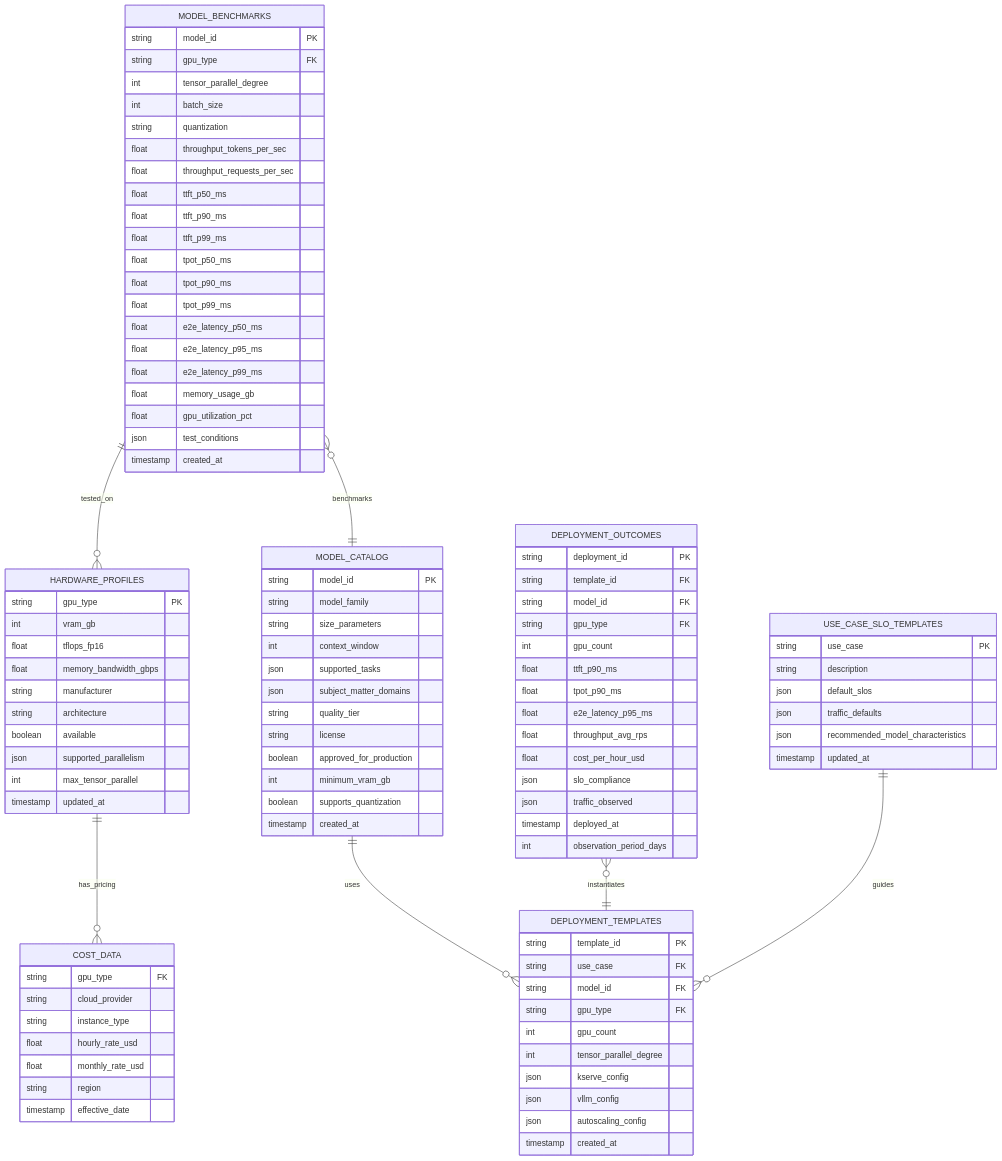
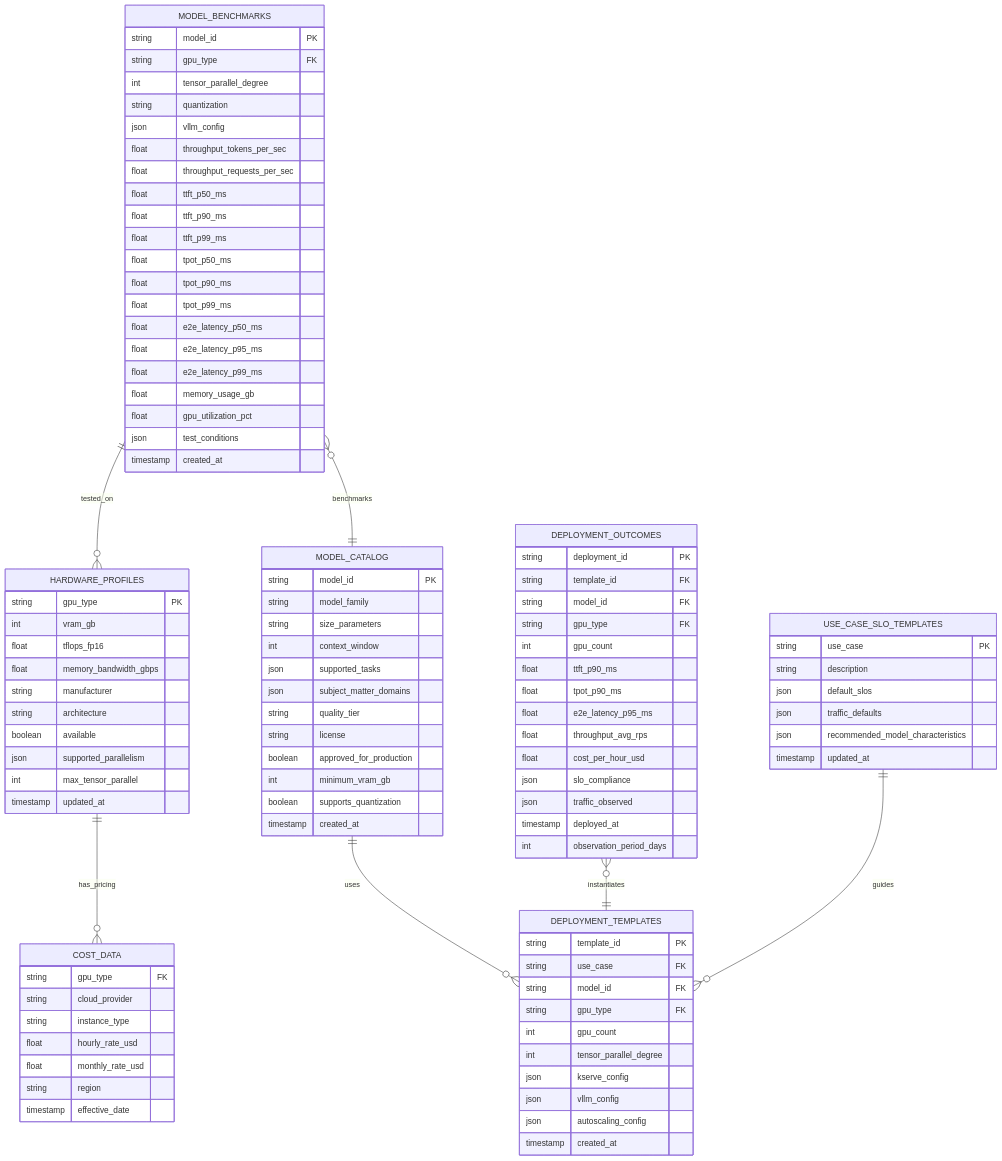
Before and after one commit to redhat-et/compass: the fifth of 5 diagrams in docs/architecture-diagram.md, drawn with Mermaid. The commit also changed 19 other files, not shown here.

```diff
--- a/docs/architecture-diagram.md
+++ b/docs/architecture-diagram.md
@@ -311,8 +311,8 @@
         string model_id PK
         string gpu_type FK
         int tensor_parallel_degree
-        int batch_size
         string quantization
+        json vllm_config
         float throughput_tokens_per_sec
         float throughput_requests_per_sec
         float ttft_p50_ms
```
